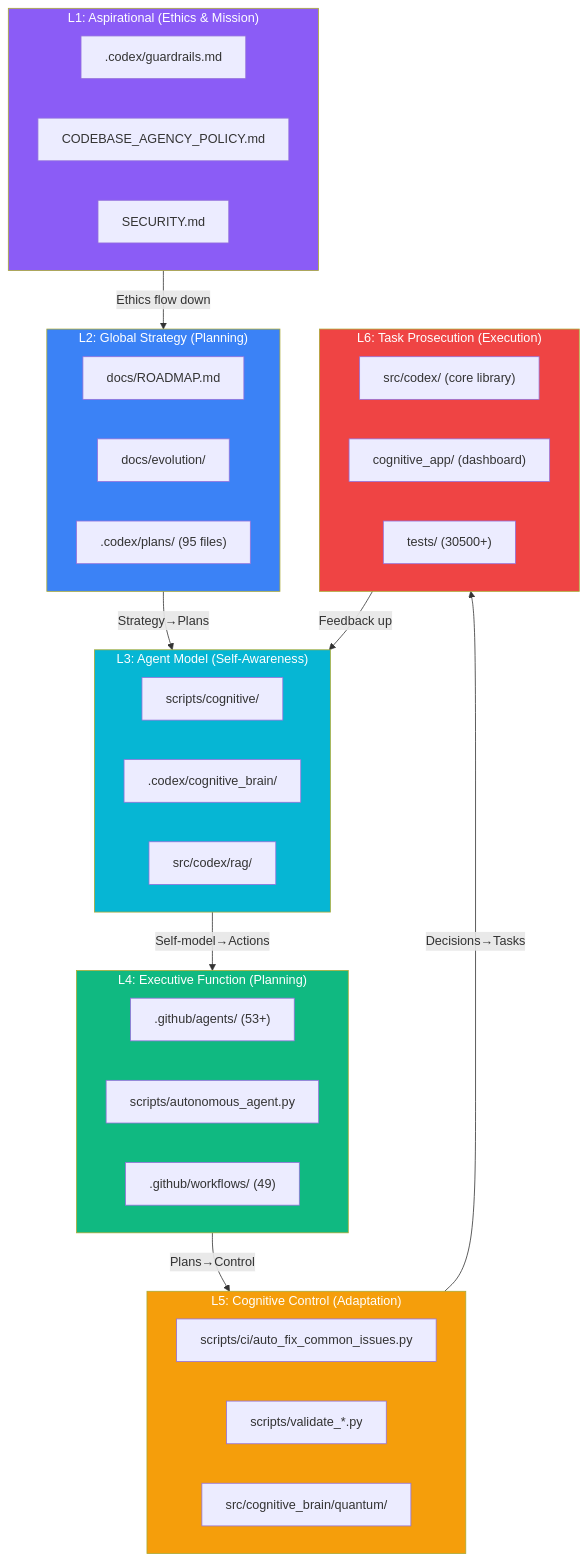
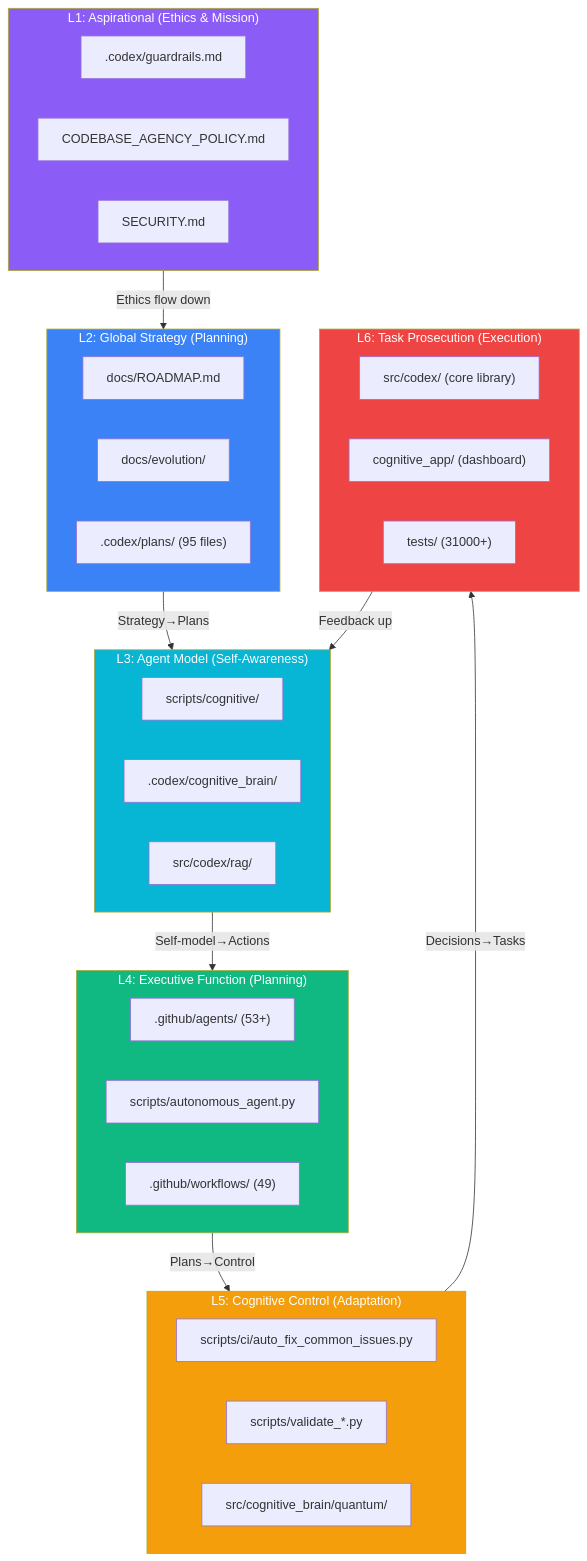
One commit to Aries-Serpent/_codex_ changed the diagram in docs/evolution/COGNITIVE_CODEBASE_MAP.md. Above: the diagram before and after it, drawn with Mermaid. The commit also changed 6 other files, not shown here.

````diff
--- a/docs/evolution/COGNITIVE_CODEBASE_MAP.md
+++ b/docs/evolution/COGNITIVE_CODEBASE_MAP.md
@@ -12,52 +12,52 @@
 ```mermaid
 graph TD
     subgraph L1["L1: Aspirational (Ethics & Mission)"]
         E1[".codex/guardrails.md"]
         E2["CODEBASE_AGENCY_POLICY.md"]
         E3["SECURITY.md"]
     end
 
     subgraph L2["L2: Global Strategy (Planning)"]
         S1["docs/ROADMAP.md"]
         S2["docs/evolution/"]
         S3[".codex/plans/ (95 files)"]
     end
 
     subgraph L3["L3: Agent Model (Self-Awareness)"]
         M1["scripts/cognitive/"]
         M2[".codex/cognitive_brain/"]
         M3["src/codex/rag/"]
     end
 
     subgraph L4["L4: Executive Function (Planning)"]
         X1[".github/agents/ (53+)"]
         X2["scripts/autonomous_agent.py"]
         X3[".github/workflows/ (49)"]
     end
 
     subgraph L5["L5: Cognitive Control (Adaptation)"]
         C1["scripts/ci/auto_fix_common_issues.py"]
         C2["scripts/validate_*.py"]
         C3["src/cognitive_brain/quantum/"]
     end
 
     subgraph L6["L6: Task Prosecution (Execution)"]
         T1["src/codex/ (core library)"]
         T2["cognitive_app/ (dashboard)"]
-        T3["tests/ (30500+)"]
+        T3["tests/ (31000+)"]
     end
 
     L1 -->|"Ethics flow down"| L2
     L2 -->|"Strategy→Plans"| L3
     L3 -->|"Self-model→Actions"| L4
     L4 -->|"Plans→Control"| L5
     L5 -->|"Decisions→Tasks"| L6
     L6 -->|"Feedback up"| L3
 
     style L1 fill:#8b5cf6,color:#fff
     style L2 fill:#3b82f6,color:#fff
     style L3 fill:#06b6d4,color:#fff
     style L4 fill:#10b981,color:#fff
     style L5 fill:#f59e0b,color:#fff
     style L6 fill:#ef4444,color:#fff
 ```
````
